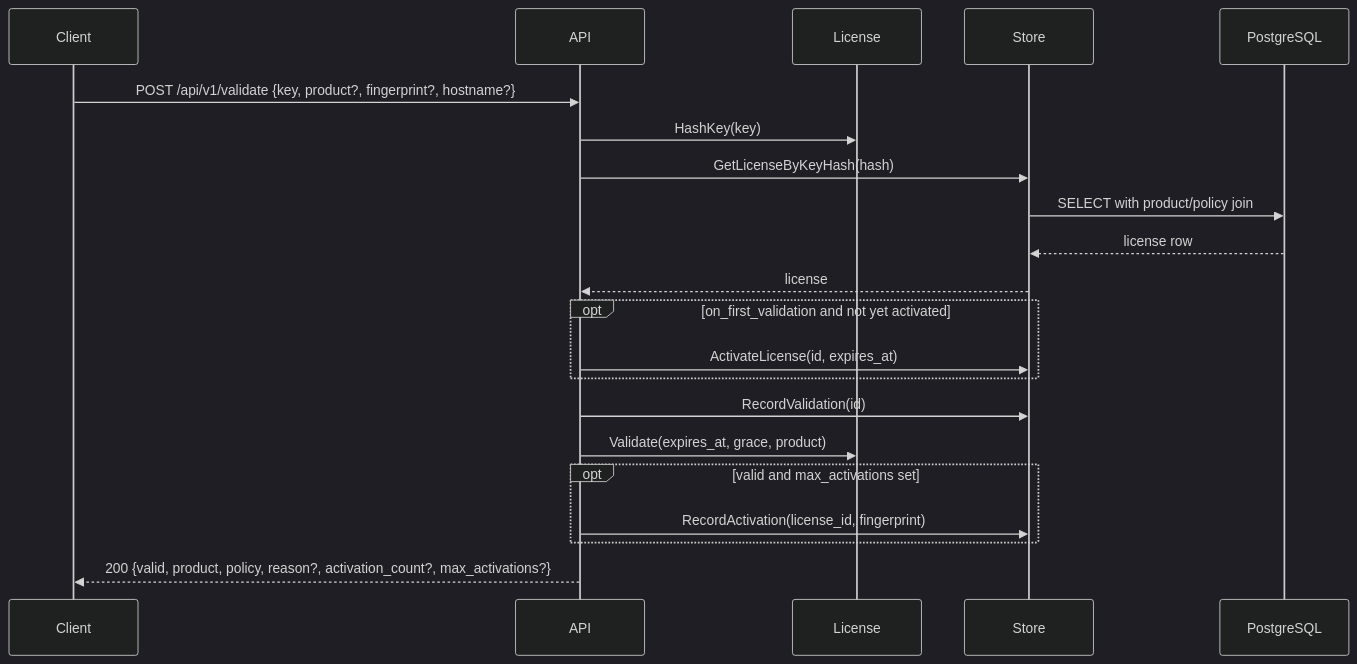
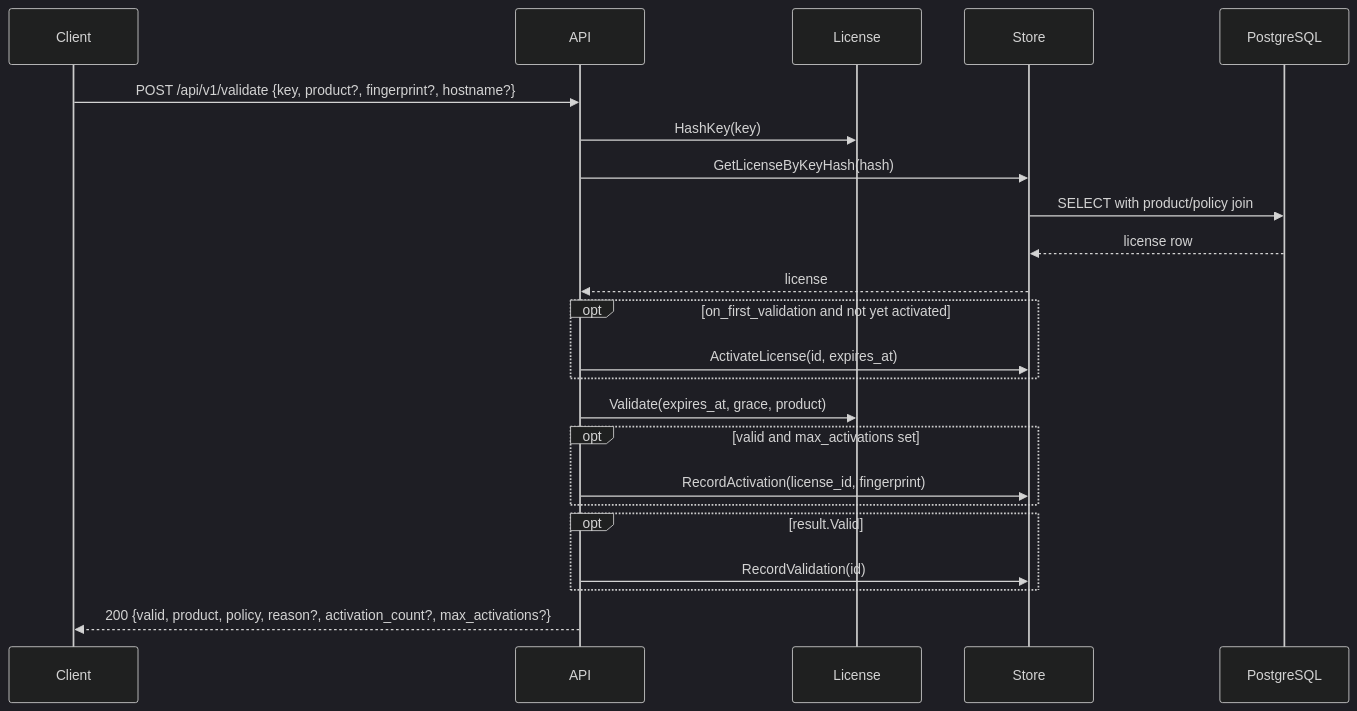
The third of 5 diagrams in docs/architecture.md (alvarorg14/openlicensd), drawn with Mermaid (dark theme) before and after one commit. The commit also changed other lines of this file and 3 other files, not shown here.

First line of the commit message:
fix(api): increment validation_count only on successful validations (#150)

````diff
--- a/docs/architecture.md
+++ b/docs/architecture.md
@@ -169,24 +169,26 @@
 ```mermaid
 sequenceDiagram
   participant Client
   participant API
   participant License
   participant Store
   participant PG as PostgreSQL
 
   Client->>API: POST /api/v1/validate {key, product?, fingerprint?, hostname?}
   API->>License: HashKey(key)
   API->>Store: GetLicenseByKeyHash(hash)
   Store->>PG: SELECT with product/policy join
   PG-->>Store: license row
   Store-->>API: license
   opt on_first_validation and not yet activated
     API->>Store: ActivateLicense(id, expires_at)
   end
-  API->>Store: RecordValidation(id)
   API->>License: Validate(expires_at, grace, product)
   opt valid and max_activations set
     API->>Store: RecordActivation(license_id, fingerprint)
   end
+  opt result.Valid
+    API->>Store: RecordValidation(id)
+  end
   API-->>Client: 200 {valid, product, policy, reason?, activation_count?, max_activations?}
 ```
````
